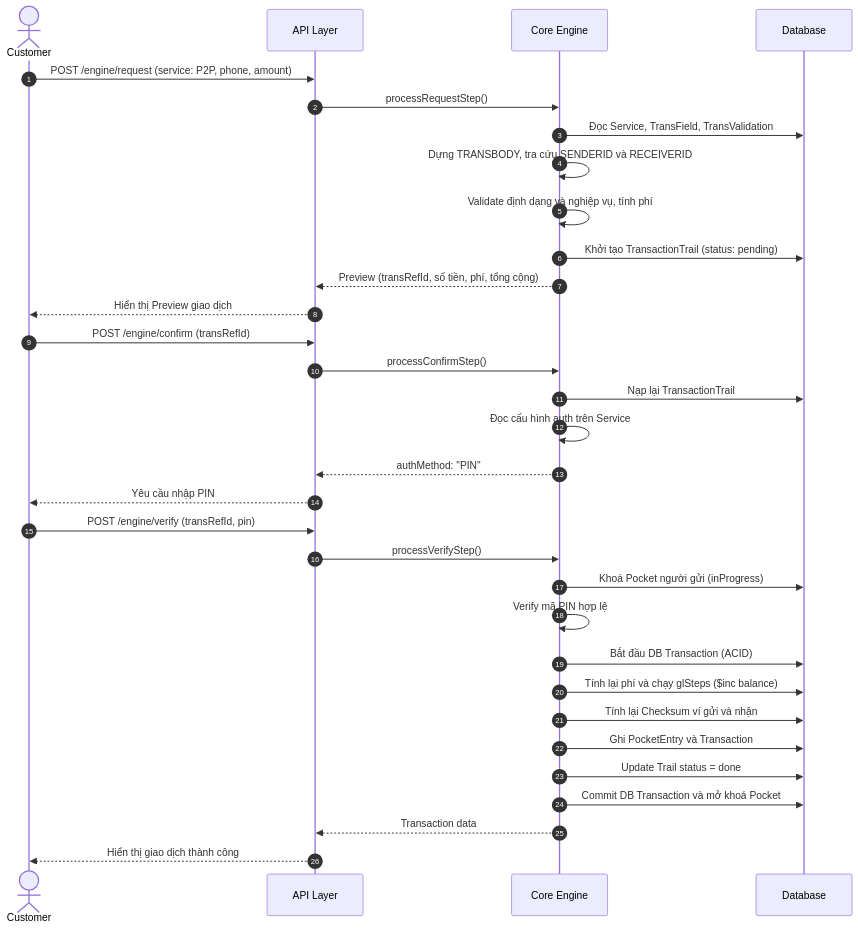
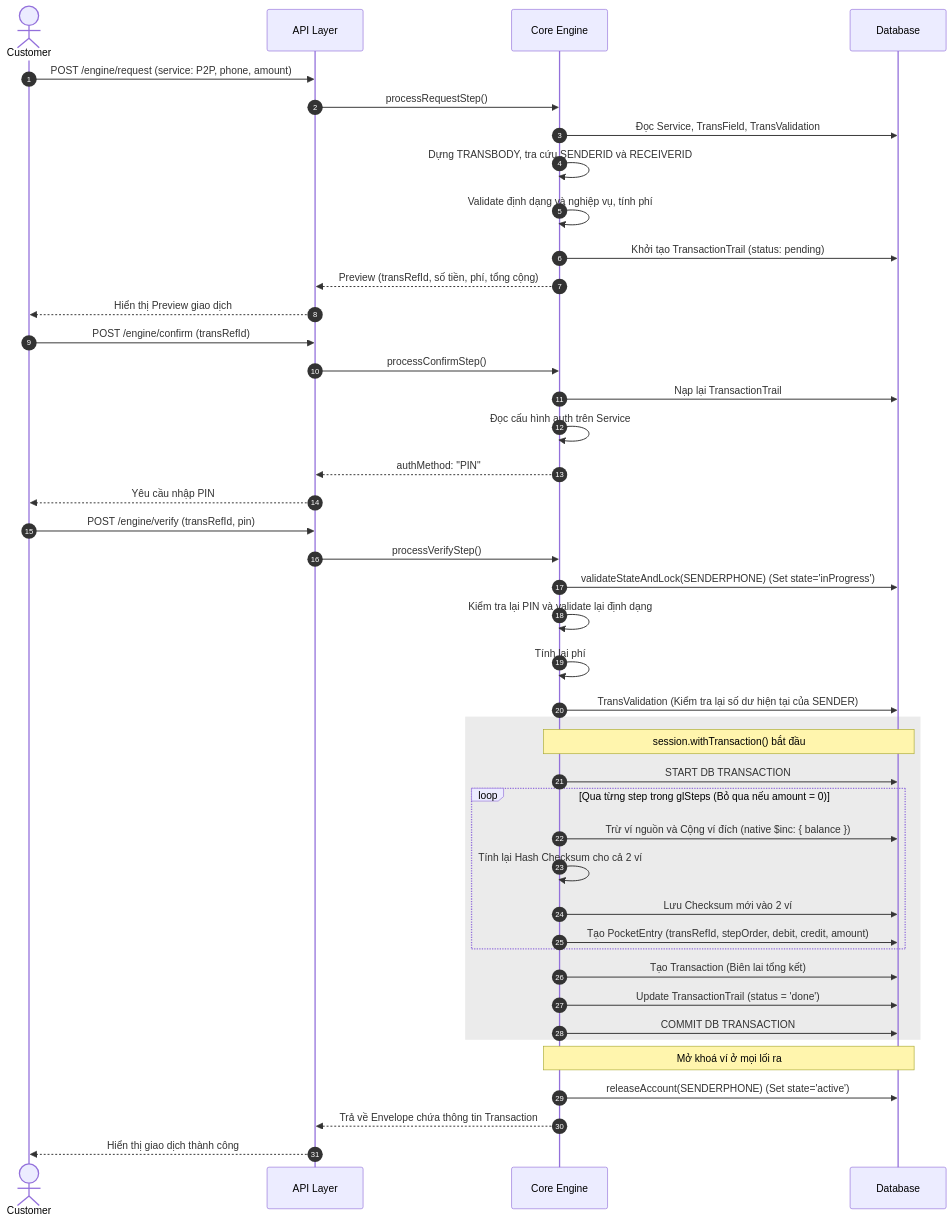
Before and after one commit to DLdevcoder/MINI-WALLET: the first of 3 diagrams in docs/Sequence diagram/Sequence.md, drawn with Mermaid. The commit also changed other lines of this file, not shown here.

Commit message:
docs: add detail in verify on sequence

````diff
--- a/docs/Sequence diagram/Sequence.md
+++ b/docs/Sequence diagram/Sequence.md
@@ -29,40 +29,53 @@
 ```mermaid
 sequenceDiagram
     autonumber
     actor C as Customer
     participant A as API Layer
     participant E as Core Engine
     participant D as Database
 
     %% BƯỚC 1: REQUEST
     C->>A: POST /engine/request (service: P2P, phone, amount)
     A->>E: processRequestStep()
     E->>D: Đọc Service, TransField, TransValidation
     E->>E: Dựng TRANSBODY, tra cứu SENDERID và RECEIVERID
     E->>E: Validate định dạng và nghiệp vụ, tính phí
     E->>D: Khởi tạo TransactionTrail (status: pending)
     E-->>A: Preview (transRefId, số tiền, phí, tổng cộng)
     A-->>C: Hiển thị Preview giao dịch
 
     %% BƯỚC 2: CONFIRM
     C->>A: POST /engine/confirm (transRefId)
     A->>E: processConfirmStep()
     E->>D: Nạp lại TransactionTrail
     E->>E: Đọc cấu hình auth trên Service
     E-->>A: authMethod: "PIN"
     A-->>C: Yêu cầu nhập PIN
 
     %% BƯỚC 3: VERIFY
     C->>A: POST /engine/verify (transRefId, pin)
     A->>E: processVerifyStep()
-    E->>D: Khoá Pocket người gửi (inProgress)
-    E->>E: Verify mã PIN hợp lệ
-    E->>D: Bắt đầu DB Transaction (ACID)
-    E->>D: Tính lại phí và chạy glSteps ($inc balance)
-    E->>D: Tính lại Checksum ví gửi và nhận
-    E->>D: Ghi PocketEntry và Transaction
-    E->>D: Update Trail status = done
-    E->>D: Commit DB Transaction và mở khoá Pocket
-    E-->>A: Transaction data
+    E->>D: validateStateAndLock(SENDERPHONE) (Set state='inProgress')
+    E->>E: Kiểm tra lại PIN và validate lại định dạng
+    E->>E: Tính lại phí
+    E->>D: TransValidation (Kiểm tra lại số dư hiện tại của SENDER)
+
+    rect rgba(120, 120, 120, 0.15)
+        Note over E,D: session.withTransaction() bắt đầu
+        E->>D: START DB TRANSACTION
+        loop Qua từng step trong glSteps (Bỏ qua nếu amount = 0)
+            E->>D: Trừ ví nguồn và Cộng ví đích (native $inc: { balance })
+            E->>E: Tính lại Hash Checksum cho cả 2 ví
+            E->>D: Lưu Checksum mới vào 2 ví
+            E->>D: Tạo PocketEntry (transRefId, stepOrder, debit, credit, amount)
+        end
+        E->>D: Tạo Transaction (Biên lai tổng kết)
+        E->>D: Update TransactionTrail (status = 'done')
+        E->>D: COMMIT DB TRANSACTION
+    end
+
+    Note over E,D: Mở khoá ví ở mọi lối ra
+    E->>D: releaseAccount(SENDERPHONE) (Set state='active')
+    E-->>A: Trả về Envelope chứa thông tin Transaction
     A-->>C: Hiển thị giao dịch thành công
 ```
````
